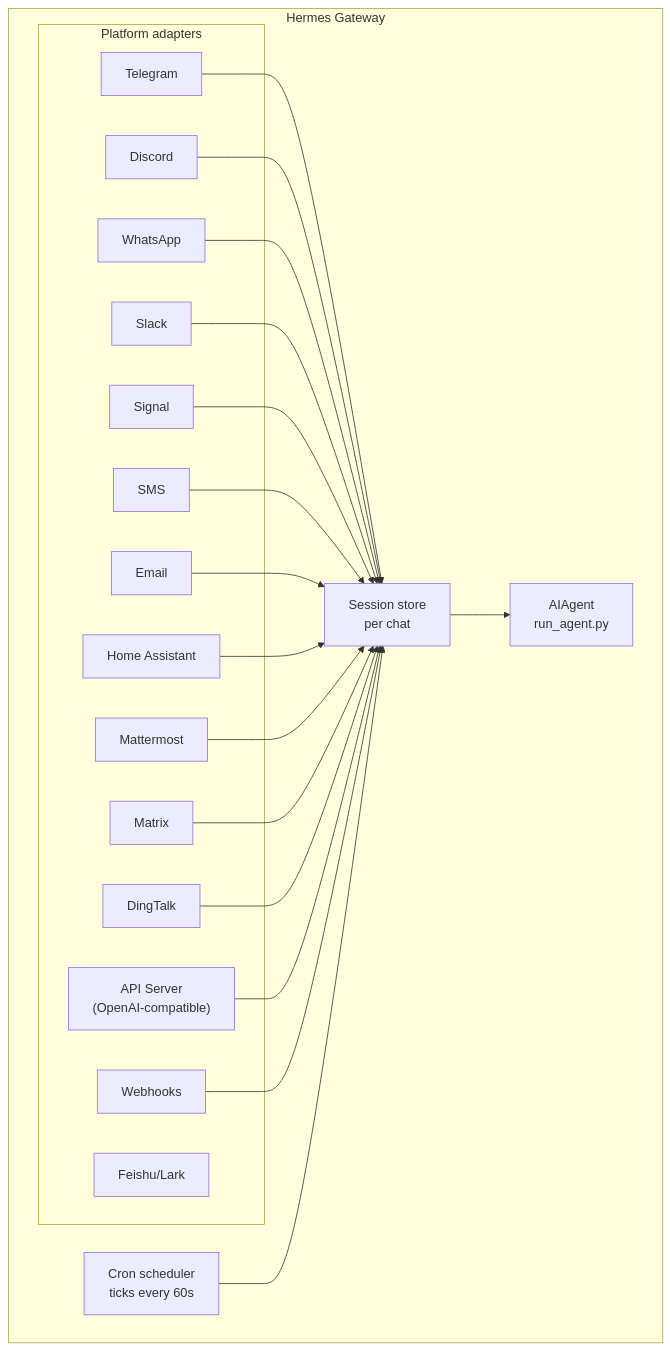
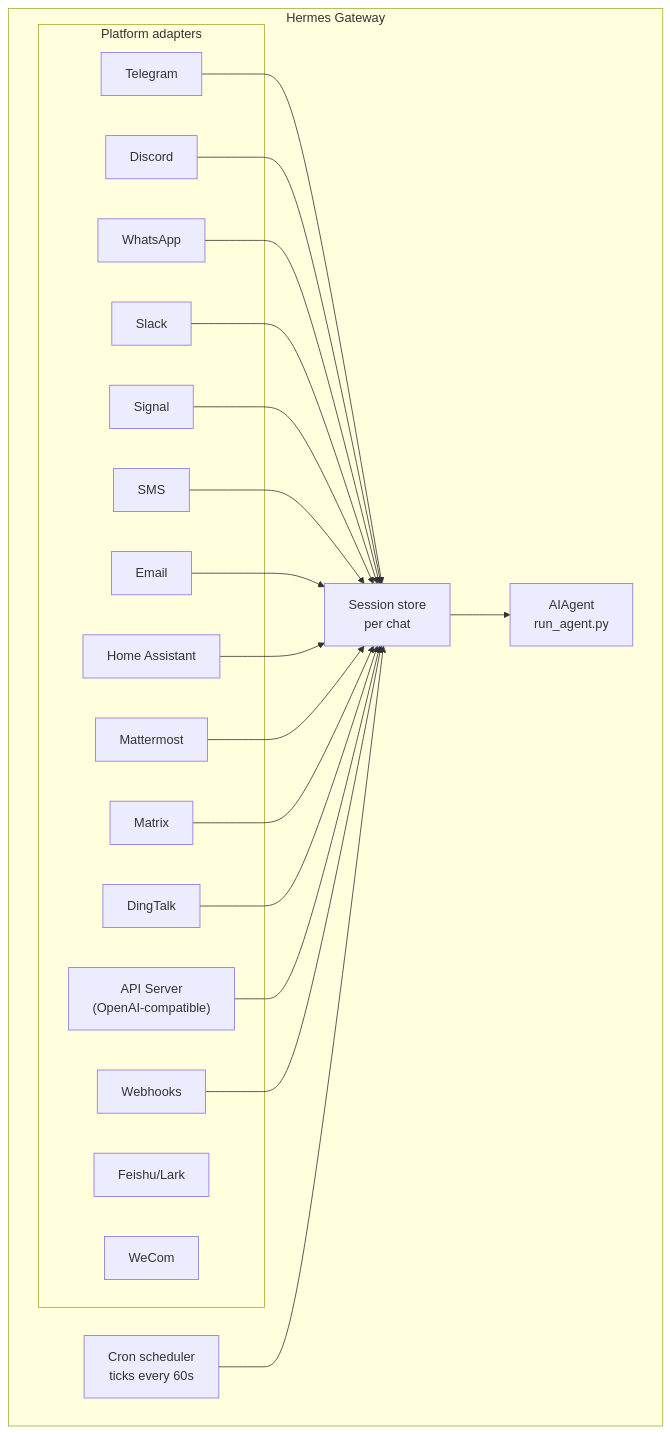
One commit to NousResearch/hermes-agent changed the diagram in website/docs/user-guide/messaging/index.md. Above: the diagram before and after it, drawn with Mermaid. The commit also changed other lines of this file and 19 other files, not shown here.

````diff
--- a/website/docs/user-guide/messaging/index.md
+++ b/website/docs/user-guide/messaging/index.md
@@ -15,41 +15,42 @@
 ```mermaid
 flowchart TB
     subgraph Gateway["Hermes Gateway"]
         subgraph Adapters["Platform adapters"]
             tg[Telegram]
             dc[Discord]
             wa[WhatsApp]
             sl[Slack]
             sig[Signal]
             sms[SMS]
             em[Email]
             ha[Home Assistant]
             mm[Mattermost]
             mx[Matrix]
             dt[DingTalk]
     fs[Feishu/Lark]
+    wc[WeCom]
             api["API Server<br/>(OpenAI-compatible)"]
             wh[Webhooks]
         end
 
         store["Session store<br/>per chat"]
         agent["AIAgent<br/>run_agent.py"]
         cron["Cron scheduler<br/>ticks every 60s"]
     end
 
     tg --> store
     dc --> store
     wa --> store
     sl --> store
     sig --> store
     sms --> store
     em --> store
     ha --> store
     mm --> store
     mx --> store
     dt --> store
     api --> store
     wh --> store
     store --> agent
     cron --> store
 ```
````
